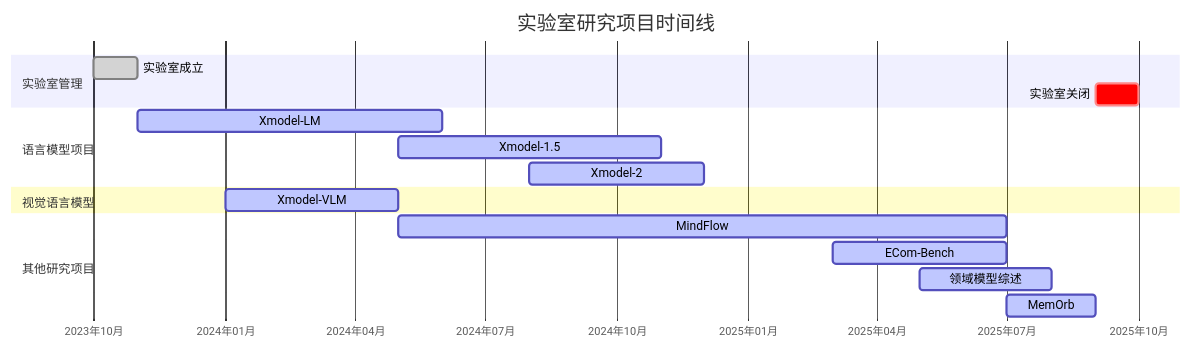
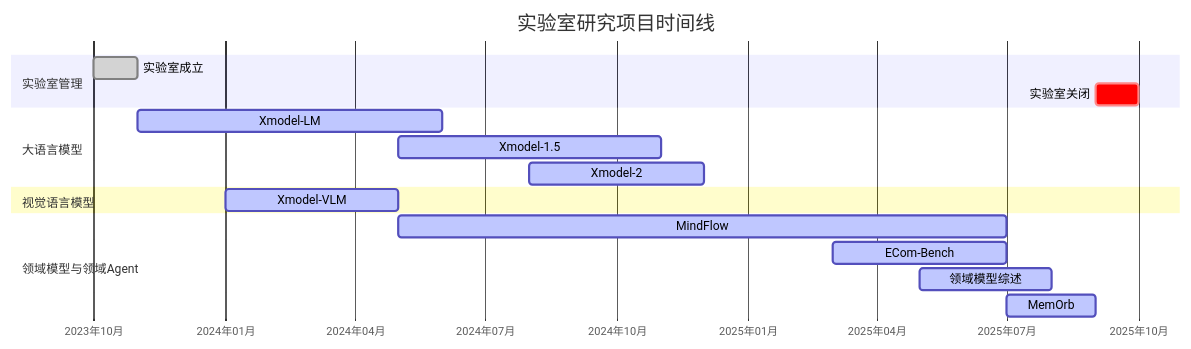
Before and after one commit to foamliu/XiaoduoAILab-EOL-Archive: the diagram in README.md, drawn with Mermaid. The commit also changed other lines of this file, not shown here.

````diff
--- a/README.md
+++ b/README.md
@@ -56,24 +53,24 @@
 ```mermaid
 gantt
     title 实验室研究项目时间线
     dateFormat  YYYY-MM
     axisFormat %Y年%m月
     
     section 实验室管理
     实验室成立 :done, 2023-10, 1M
     实验室关闭 :crit, 2025-09, 1M
     
-    section 语言模型项目
+    section 大语言模型
     Xmodel-LM :active, 2023-11, 7M
     Xmodel-1.5 :active, 2024-05, 6M
     Xmodel-2 :active, 2024-08, 4M
     
     section 视觉语言模型
     Xmodel-VLM :active, 2024-01, 4M
     
-    section 其他研究项目
+    section 领域模型与领域Agent
     MindFlow :active, 2024-05, 14M
     ECom-Bench :active, 2025-03, 4M
     领域模型综述 :active, 2025-05, 3M
     MemOrb :active, 2025-07, 2M
 ```
````
